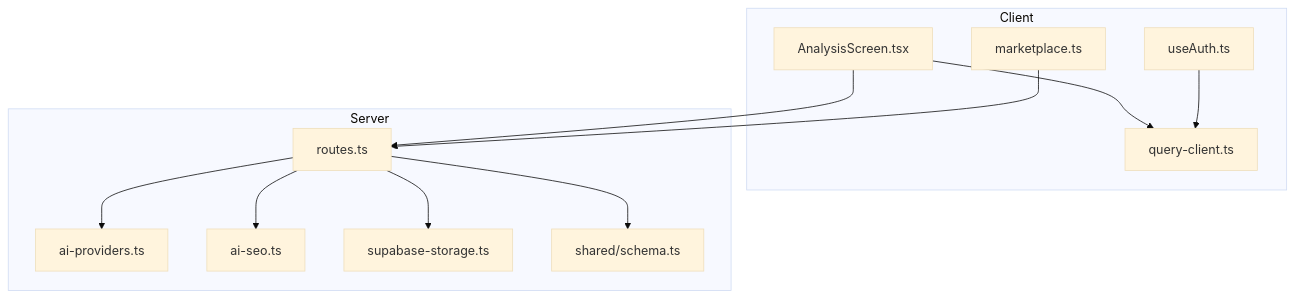
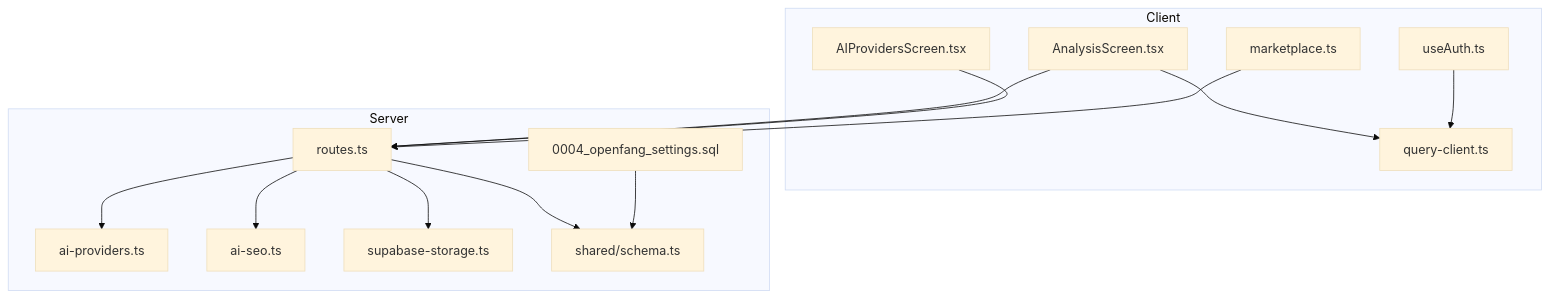
One commit to hunglevi87/Hidden-Gem changed the first of 10 diagrams in .qoder/repowiki/en/content/Backend Services/API Endpoints/Analysis Endpoints.md. Above: the diagram before and after it, drawn with Mermaid (base theme). The commit also changed other lines of this file and 5 other files, not shown here.

````diff
--- a/.qoder/repowiki/en/content/Backend Services/API Endpoints/Analysis Endpoints.md
+++ b/.qoder/repowiki/en/content/Backend Services/API Endpoints/Analysis Endpoints.md
@@ -42,24 +55,28 @@
 ```mermaid
 graph TB
 subgraph "Client"
 AAS["AnalysisScreen.tsx"]
+AIPS["AIProvidersScreen.tsx"]
 AQ["query-client.ts"]
 AM["marketplace.ts"]
 AU["useAuth.ts"]
 end
 subgraph "Server"
 SR["routes.ts"]
 SAI["ai-providers.ts"]
 SSEO["ai-seo.ts"]
 SS["supabase-storage.ts"]
 SCHEMA["shared/schema.ts"]
+MIG["0004_openfang_settings.sql"]
 end
 AAS --> AQ
 AAS --> SR
+AIPS --> SR
 SR --> SAI
 SR --> SSEO
 SR --> SS
 SR --> SCHEMA
 AM --> SR
 AU --> AQ
+MIG --> SCHEMA
 ```
````
